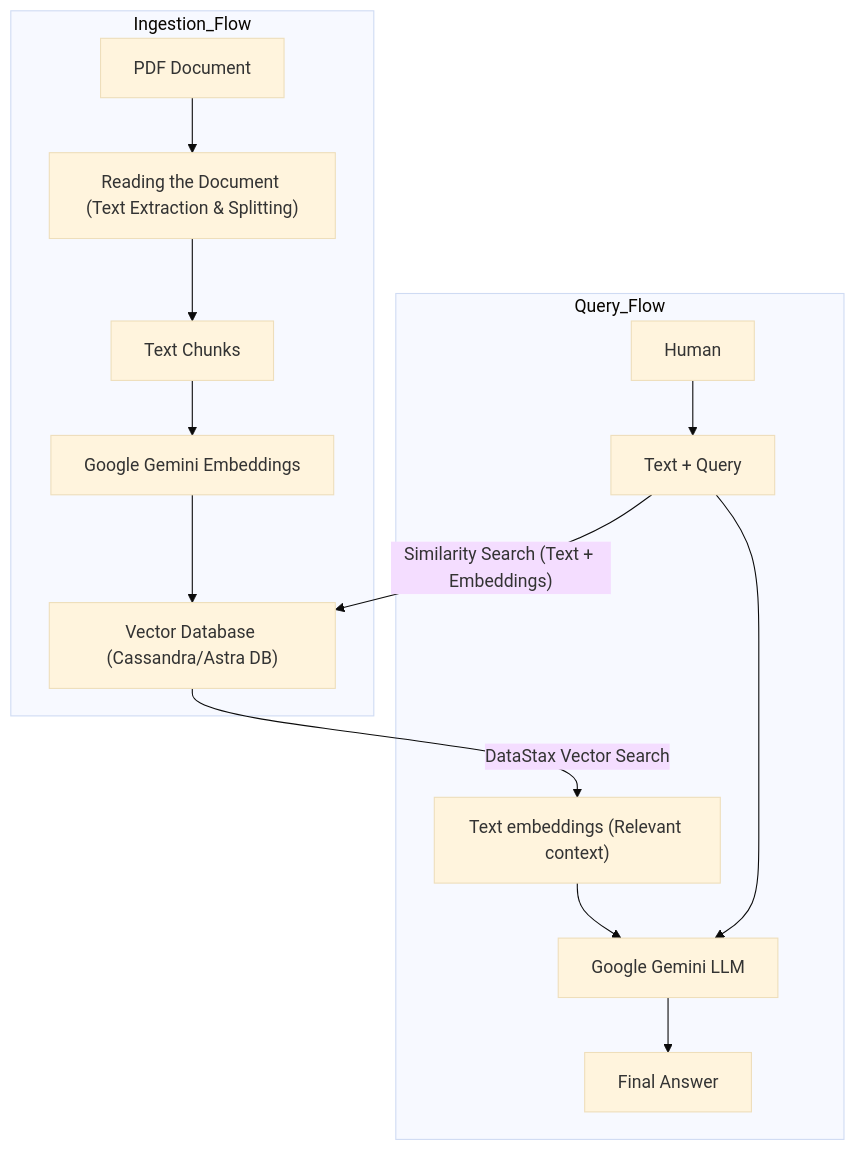
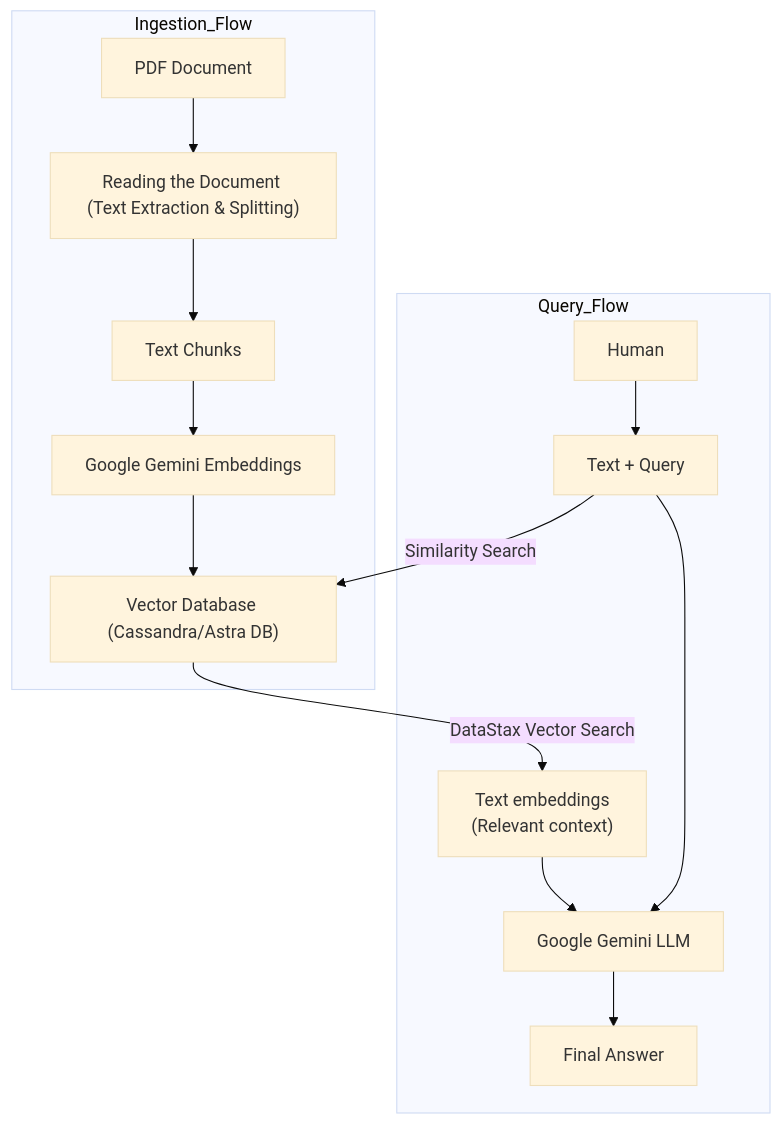
Before and after one commit to jxlee007/PDF-Query: the diagram in README.md, drawn with Mermaid (base theme).

````diff
--- a/README.md
+++ b/README.md
@@ -6,20 +6,20 @@
 ```mermaid
 graph TD
     subgraph Ingestion_Flow
         A[PDF Document] --> B["Reading the Document (Text Extraction & Splitting)"]
         B --> C[Text Chunks]
         C --> D[Google Gemini Embeddings]
         D --> E["Vector Database (Cassandra/Astra DB)"]
     end
 
     subgraph Query_Flow
         F[Human] --> G["Text + Query"]
-        G -- "Similarity Search (Text + Embeddings)" --> E
-        E -- "DataStax Vector Search" --> H["Text embeddings (Relevant context)"]
+        G -- "Similarity Search" --> E
+        E -- "DataStax Vector Search" --> H["Text embeddings \n(Relevant context)"]
         H --> I[Google Gemini LLM]
         G --> I
         I --> J[Final Answer]
     end
 
 
 ```
````
